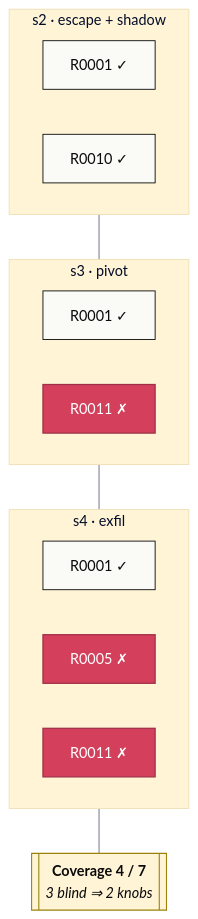
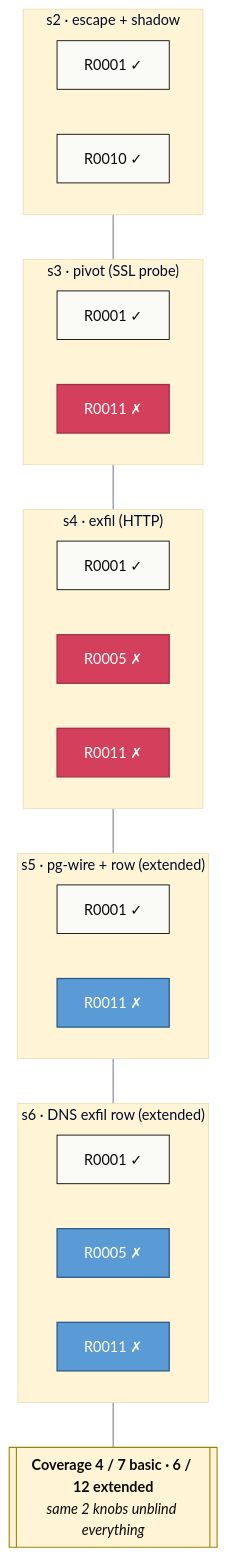
One commit to k8sstormcenter/bob changed the ninth of 10 diagrams in example/chain/diagrams.md. Above: the diagram before and after it, drawn with Mermaid. The commit also changed other lines of this file and 13 other files, not shown here.

First line of the commit message:
feat(chain): extended s5/s6 — real pg-wire row exfil + DNS exfil (#124)

````diff
--- a/example/chain/diagrams.md
+++ b/example/chain/diagrams.md
@@ -324,32 +372,46 @@
 ```mermaid
 %%{init: {"theme":"base","themeVariables":{"primaryColor":"#C3A50D","primaryTextColor":"#0a0a0a","primaryBorderColor":"#9a8208","lineColor":"#0a0a0a","secondaryColor":"#D43F5B","tertiaryColor":"#fff5d6"}}}%%
 flowchart TB
   classDef warn fill:#D43F5B,stroke:#a03048,color:#fff,stroke-width:1.4px
   classDef ok   fill:#fafaf6,stroke:#0a0a0a,color:#0a0a0a,stroke-width:1px
   classDef cmp  fill:#fff5d6,stroke:#9a8208,color:#0a0a0a,stroke-width:1.2px
+  classDef ext  fill:#5b9bd5,stroke:#2a5a8a,color:#fff,stroke-width:1.4px
 
   subgraph row_s2 [" s2 · escape + shadow "]
     direction LR
     s2_r0001["R0001 ✓"]:::ok
     s2_r0010["R0010 ✓"]:::ok
   end
 
-  subgraph row_s3 [" s3 · pivot "]
+  subgraph row_s3 [" s3 · pivot (SSL probe) "]
     direction LR
     s3_r0001["R0001 ✓"]:::ok
     s3_r0011["R0011 ✗"]:::warn
   end
 
-  subgraph row_s4 [" s4 · exfil "]
+  subgraph row_s4 [" s4 · exfil (HTTP) "]
     direction LR
     s4_r0001["R0001 ✓"]:::ok
     s4_r0005["R0005 ✗"]:::warn
     s4_r0011["R0011 ✗"]:::warn
   end
 
-  total[["<b>Coverage 4 / 7</b><br/><i>3 blind ⇒ 2 knobs</i>"]]:::cmp
+  subgraph row_s5 [" s5 · pg-wire + row (extended) "]
+    direction LR
+    s5_r0001["R0001 ✓"]:::ok
+    s5_r0011["R0011 ✗"]:::ext
+  end
 
-  row_s2 ~~~ row_s3 ~~~ row_s4 ~~~ total
+  subgraph row_s6 [" s6 · DNS exfil row (extended) "]
+    direction LR
+    s6_r0001["R0001 ✓"]:::ok
+    s6_r0005["R0005 ✗"]:::ext
+    s6_r0011["R0011 ✗"]:::ext
+  end
+
+  total[["<b>Coverage 4 / 7 basic · 6 / 12 extended</b><br/><i>same 2 knobs unblind everything</i>"]]:::cmp
+
+  row_s2 ~~~ row_s3 ~~~ row_s4 ~~~ row_s5 ~~~ row_s6 ~~~ total
 
   linkStyle default stroke:#7a808c,stroke-width:1.2px
 ```
````
